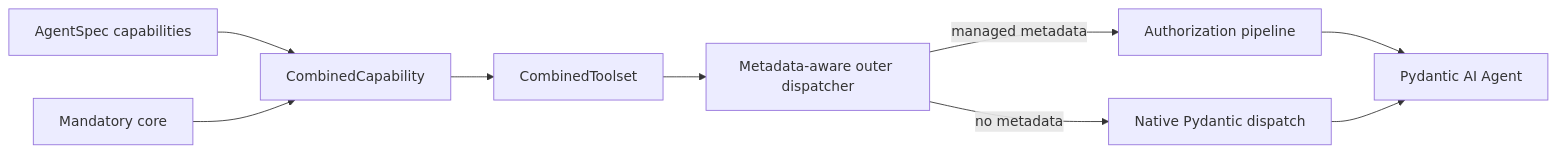
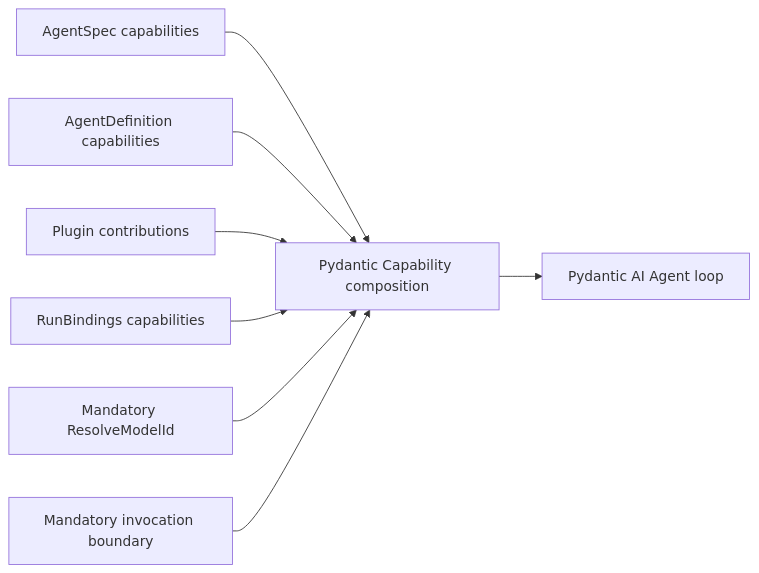
Before and after one commit to LTThreeComma/agent-foundation: the diagram in spec/agent-harness/17-core-capability-catalog.md, drawn with Mermaid. The commit also changed other lines of this file and 31 other files, not shown here.

````diff
--- a/spec/agent-harness/17-core-capability-catalog.md
+++ b/spec/agent-harness/17-core-capability-catalog.md
@@ -78,10 +48,10 @@
 ```mermaid
 flowchart LR
-    AgentSpec[AgentSpec capabilities] --> Combined[CombinedCapability]
-    Mandatory[Mandatory core] --> Combined
-    Combined --> Tools[CombinedToolset]
-    Tools --> Dispatcher[Metadata-aware outer dispatcher]
-    Dispatcher -->|managed metadata| Authorization[Authorization pipeline]
-    Dispatcher -->|no metadata| Native[Native Pydantic dispatch]
-    Authorization & Native --> Agent[Pydantic AI Agent]
+    Spec[AgentSpec capabilities] --> PAI[Pydantic Capability composition]
+    Build[AgentDefinition capabilities] --> PAI
+    Plugin[Plugin contributions] --> PAI
+    Run[RunBindings capabilities] --> PAI
+    Resolver[Mandatory ResolveModelId] --> PAI
+    Boundary[Mandatory invocation boundary] --> PAI
+    PAI --> Agent[Pydantic AI Agent loop]
 ```
````
